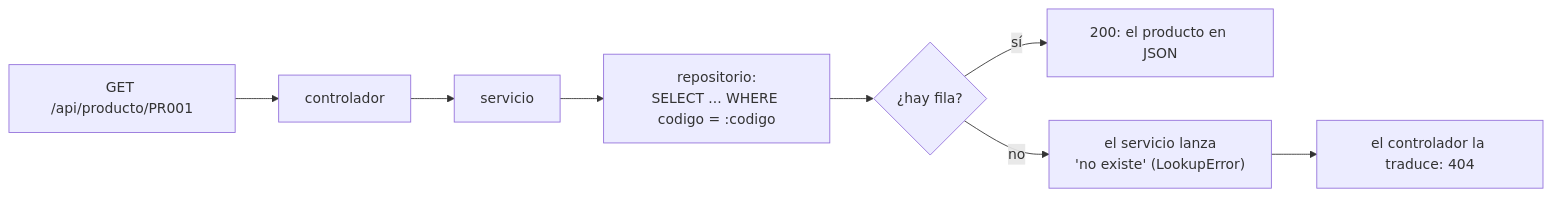
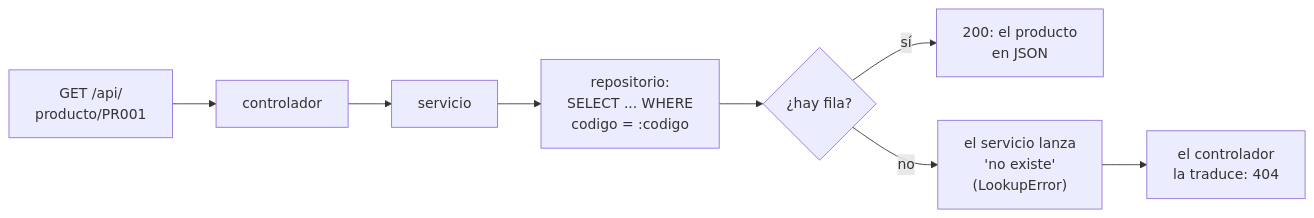
The second of 2 diagrams in docs/FLUJO_DE_UNA_PETICION.md (ccastro2050/proyecto_paradigmas4), drawn with Mermaid before and after one commit. The commit also changed other lines of this file, not shown here.

Commit message:
FLUJO_DE_UNA_PETICION: diagramas regenerados con renglones cortos y sin corchetes/llaves en las etiquetas — GitHub recortaba el texto de las cajas

````diff
--- a/docs/FLUJO_DE_UNA_PETICION.md
+++ b/docs/FLUJO_DE_UNA_PETICION.md
@@ -151,7 +152,7 @@
 ```mermaid
 flowchart LR
-    A["GET /api/producto/PR001"] --> B["controlador"] --> S["servicio"] --> R["repositorio:<br/>SELECT ... WHERE codigo = :codigo"]
+    A["GET /api/<br/>producto/PR001"] --> B["controlador"] --> S["servicio"] --> R["repositorio:<br/>SELECT ... WHERE<br/>codigo = :codigo"]
     R --> E{"¿hay fila?"}
-    E -->|"sí"| OK["200: el producto en JSON"]
-    E -->|"no"| N["el servicio lanza<br/>'no existe' (LookupError)"] --> C404["el controlador la traduce: 404"]
+    E -->|"sí"| OK["200: el producto<br/>en JSON"]
+    E -->|"no"| N["el servicio lanza<br/>'no existe'<br/>(LookupError)"] --> C404["el controlador<br/>la traduce: 404"]
 ```
````
